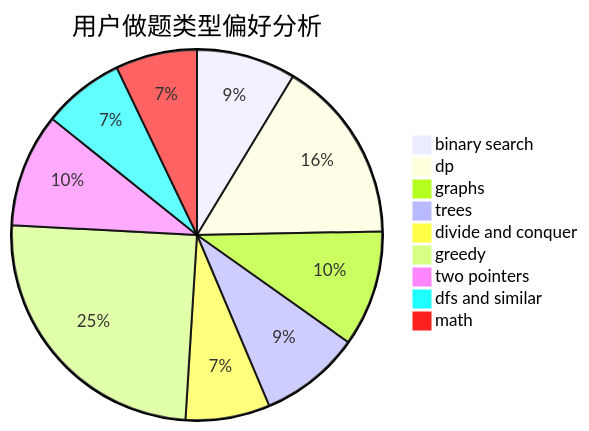
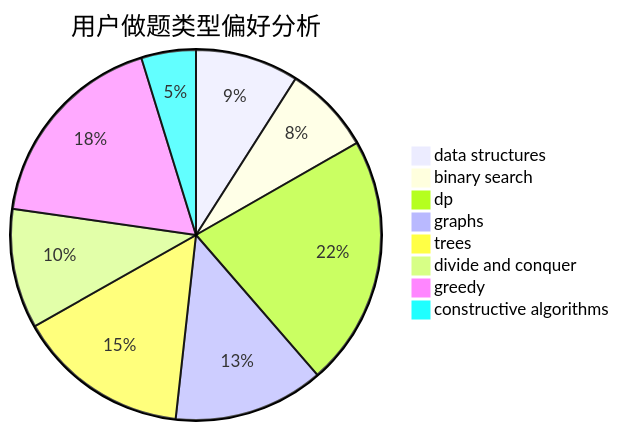
Before and after one commit to sherpahu/cfrs.github.io: the second of 3 diagrams in docs/user/u974.md, drawn with Mermaid. The commit also changed other lines of this file and 2775 other files, not shown here.

````diff
--- a/docs/user/u974.md
+++ b/docs/user/u974.md
@@ -23,12 +23,11 @@
 ```mermaid
 pie title 用户做题类型偏好分析
-    "binary search" :  179
-    "dp" :  331
-    "graphs" :  209
-    "trees" :  182
-    "divide and conquer" :  152
-    "greedy" :  513
-    "two pointers" :  205
-    "dfs and similar" :  147
-    "math" :  147
+    "data structures" :  108
+    "binary search" :  92
+    "dp" :  262
+    "graphs" :  157
+    "trees" :  180
+    "divide and conquer" :  125
+    "greedy" :  215
+    "constructive algorithms" :  57
 ```
````
